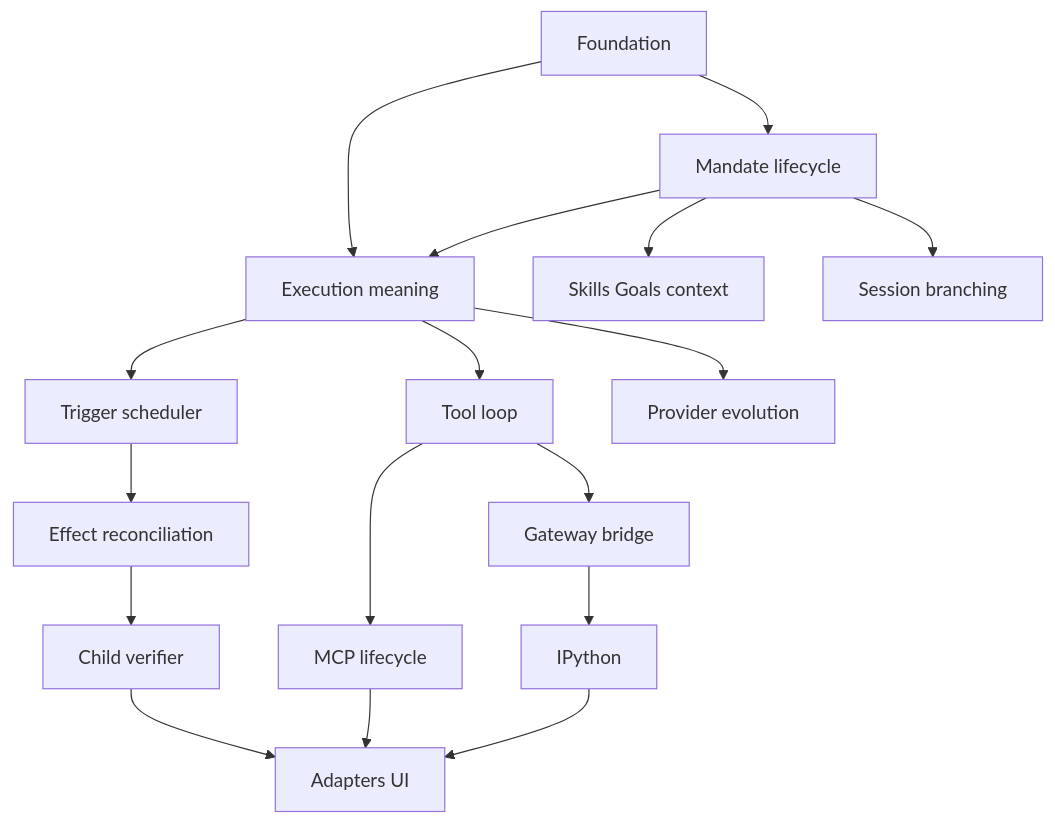
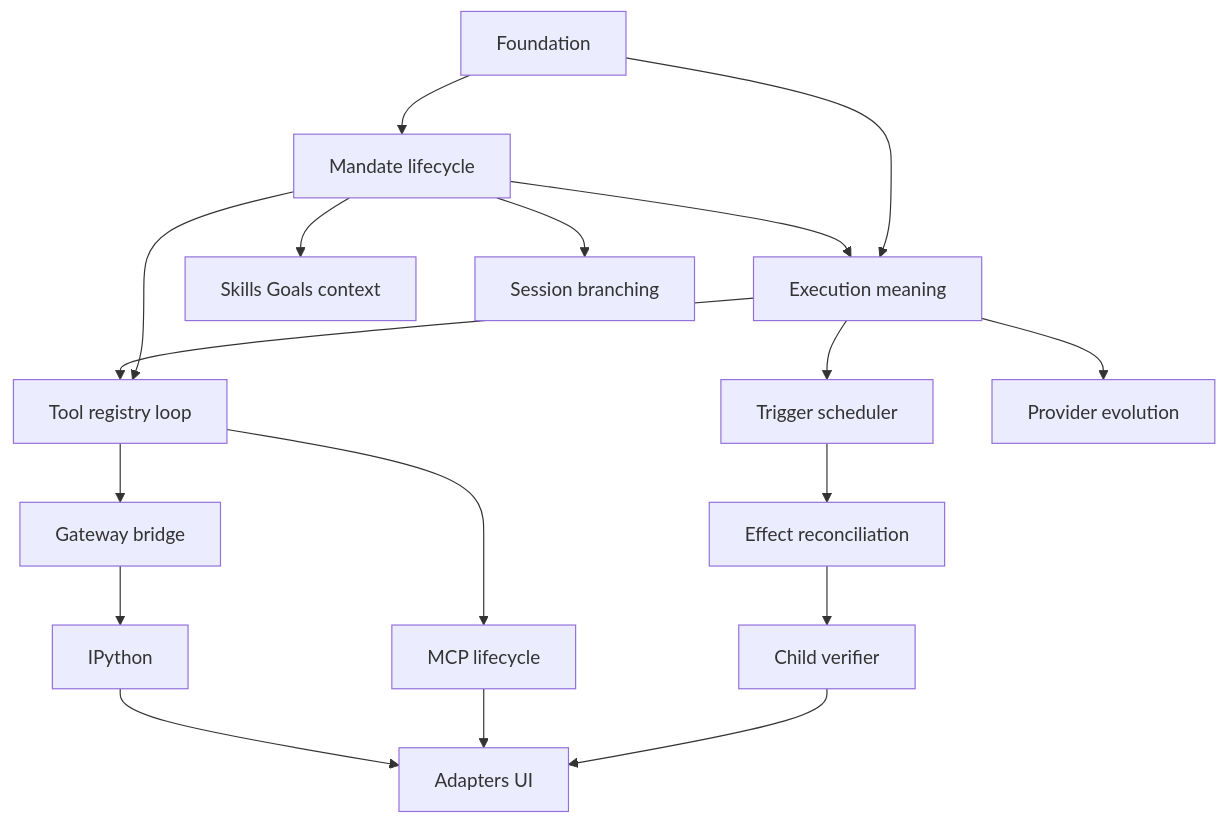
The diagram in docs/intention-relay/reconciliation/ownership-and-dependency-map.md (y0tsy/intention-relay), drawn with Mermaid before and after one commit. The commit also changed other lines of this file and 21 other files, not shown here.

Commit message:
docs(architecture): define mandate tool loop boundary

````diff
--- a/docs/intention-relay/reconciliation/ownership-and-dependency-map.md
+++ b/docs/intention-relay/reconciliation/ownership-and-dependency-map.md
@@ -20,19 +21,20 @@
 ```mermaid
 flowchart TD
   F[Foundation] --> E[Execution meaning]
   F --> M[Mandate lifecycle]
   M --> E
-  E --> T[Tool loop]
+  M --> T[Tool registry loop]
+  E --> T
   E --> S[Trigger scheduler]
   T --> G[Gateway bridge]
   S --> X[Effect reconciliation]
   X --> C[Child verifier]
   T --> P[MCP lifecycle]
   M --> K[Skills Goals context]
   G --> I[IPython]
   E --> V[Provider evolution]
   M --> B[Session branching]
   C --> U[Adapters UI]
   P --> U
   I --> U
 ```
````
